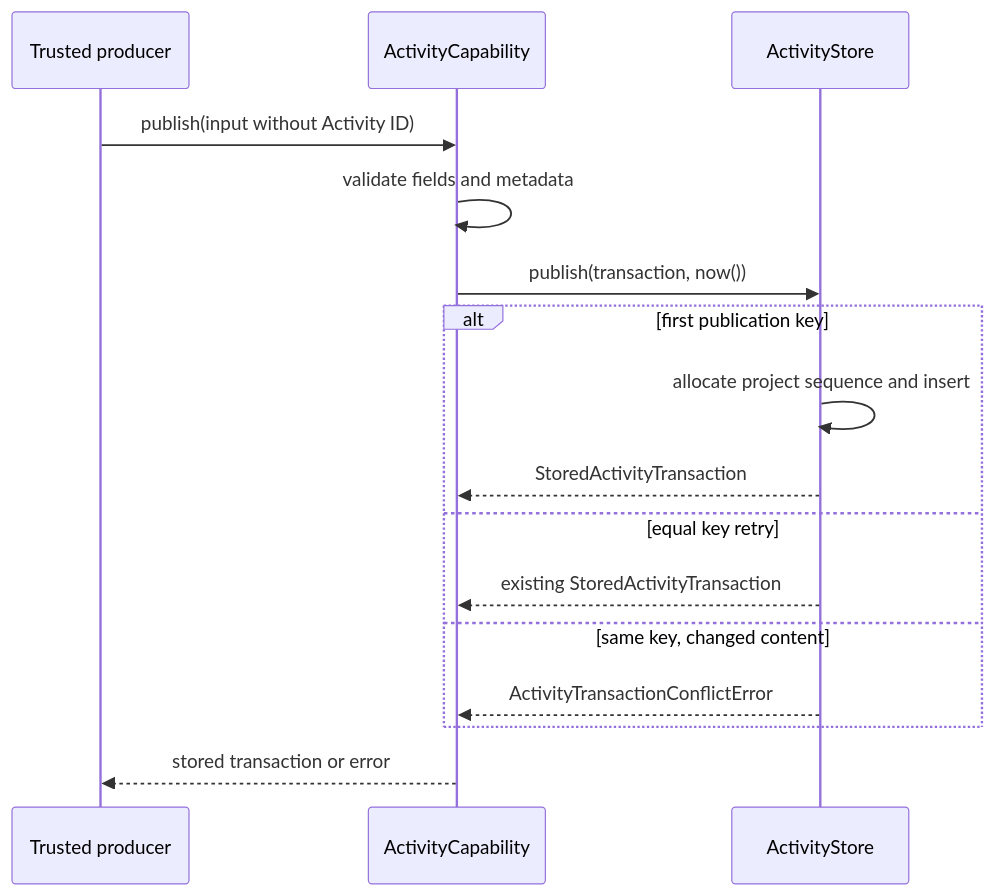
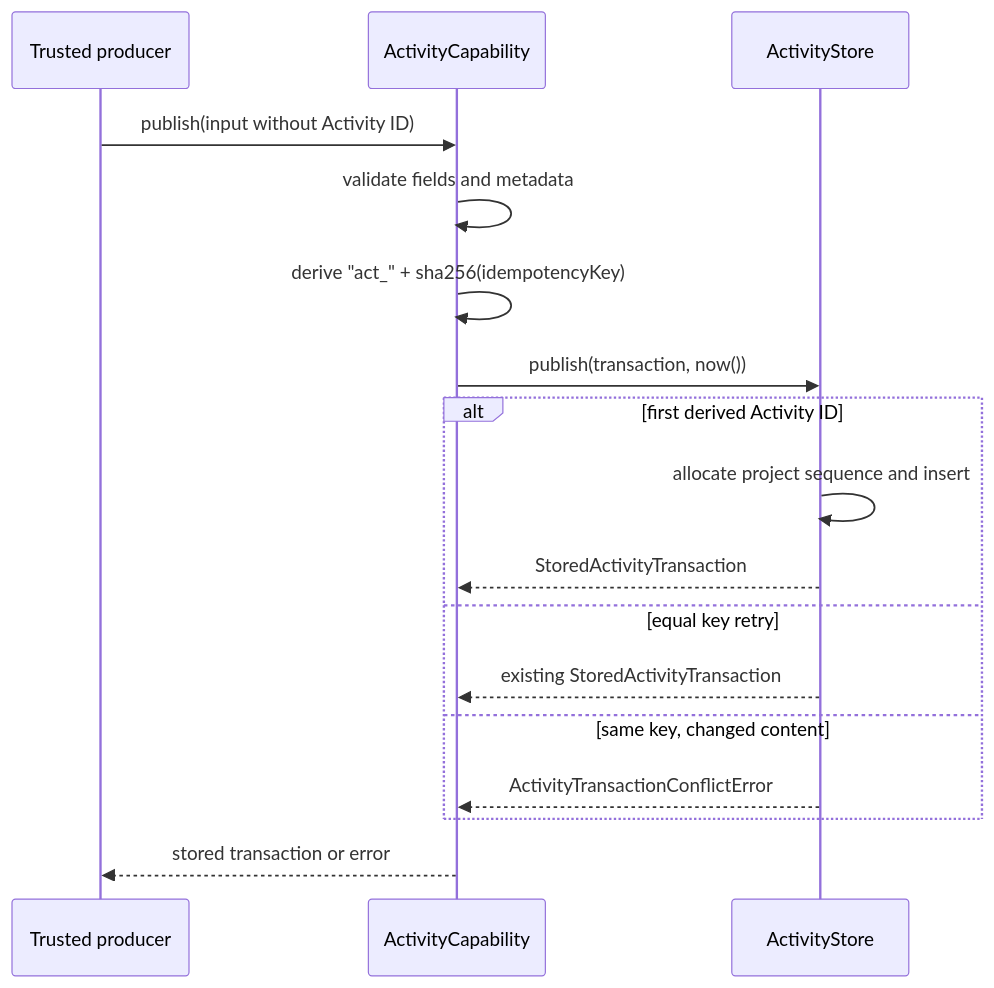
Before and after one commit to gccurtis/icarus: the first of 4 diagrams in apps/backend/src/3-capabilities/activity/docs/flows.md, drawn with Mermaid. The commit also changed 9 other files, not shown here.

````diff
--- a/apps/backend/src/3-capabilities/activity/docs/flows.md
+++ b/apps/backend/src/3-capabilities/activity/docs/flows.md
@@ -8,18 +8,19 @@
 ```mermaid
 sequenceDiagram
   participant P as Trusted producer
   participant A as ActivityCapability
   participant S as ActivityStore
   P->>A: publish(input without Activity ID)
   A->>A: validate fields and metadata
+  A->>A: derive "act_" + sha256(idempotencyKey)
   A->>S: publish(transaction, now())
-  alt first publication key
+  alt first derived Activity ID
     S->>S: allocate project sequence and insert
     S-->>A: StoredActivityTransaction
   else equal key retry
     S-->>A: existing StoredActivityTransaction
   else same key, changed content
     S-->>A: ActivityTransactionConflictError
   end
   A-->>P: stored transaction or error
 ```
````
